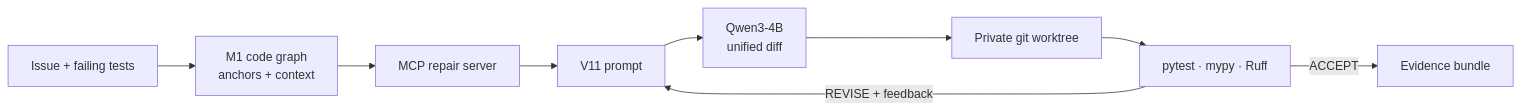
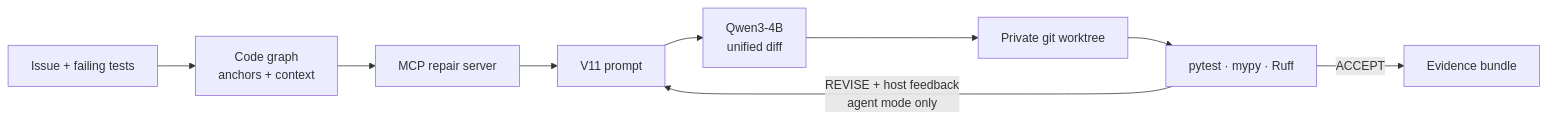
The first of 2 diagrams in README.md (GauKho/VGAR), drawn with Mermaid before and after one commit. The commit also changed other lines of this file, not shown here.

````diff
--- a/README.md
+++ b/README.md
@@ -8,11 +7,11 @@
 ```mermaid
 flowchart LR
-    I[Issue + failing tests] --> G[M1 code graph<br/>anchors + context]
+    I[Issue + failing tests] --> G[Code graph<br/>anchors + context]
     G --> S[MCP repair server]
     S --> P[V11 prompt]
     P --> M[Qwen3-4B<br/>unified diff]
     M --> W[Private git worktree]
     W --> V[pytest · mypy · Ruff]
     V -->|ACCEPT| E[Evidence bundle]
-    V -->|REVISE + feedback| P
+    V -->|REVISE + host feedback<br/>agent mode only| P
 ```
````
